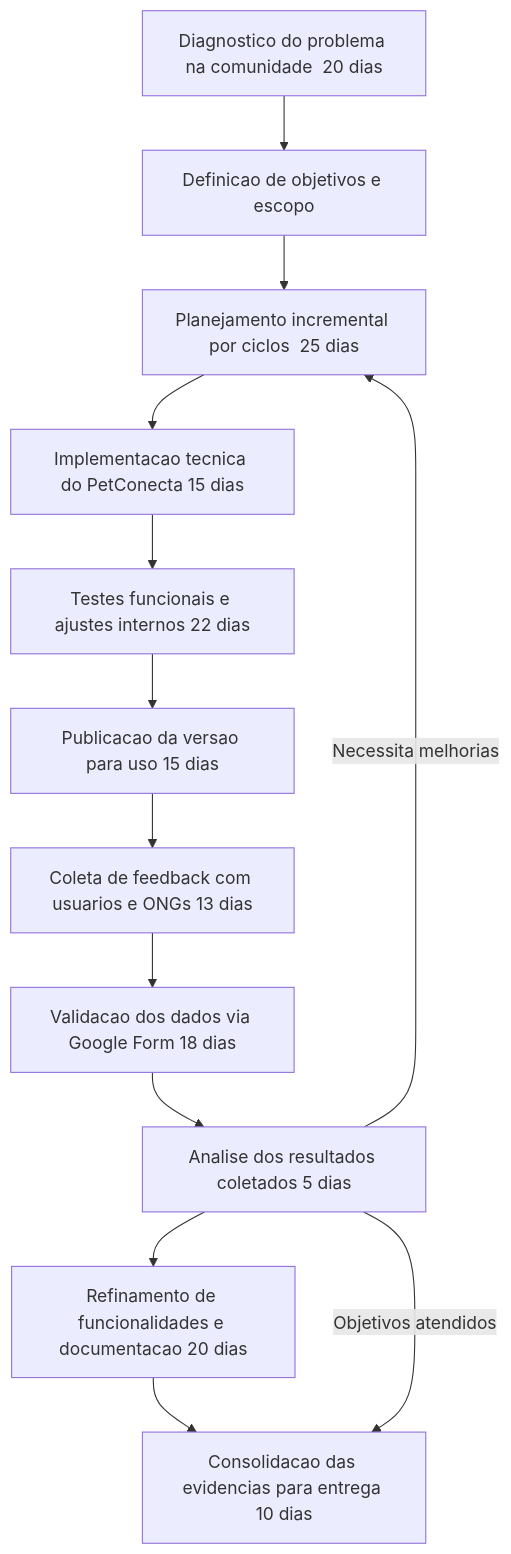
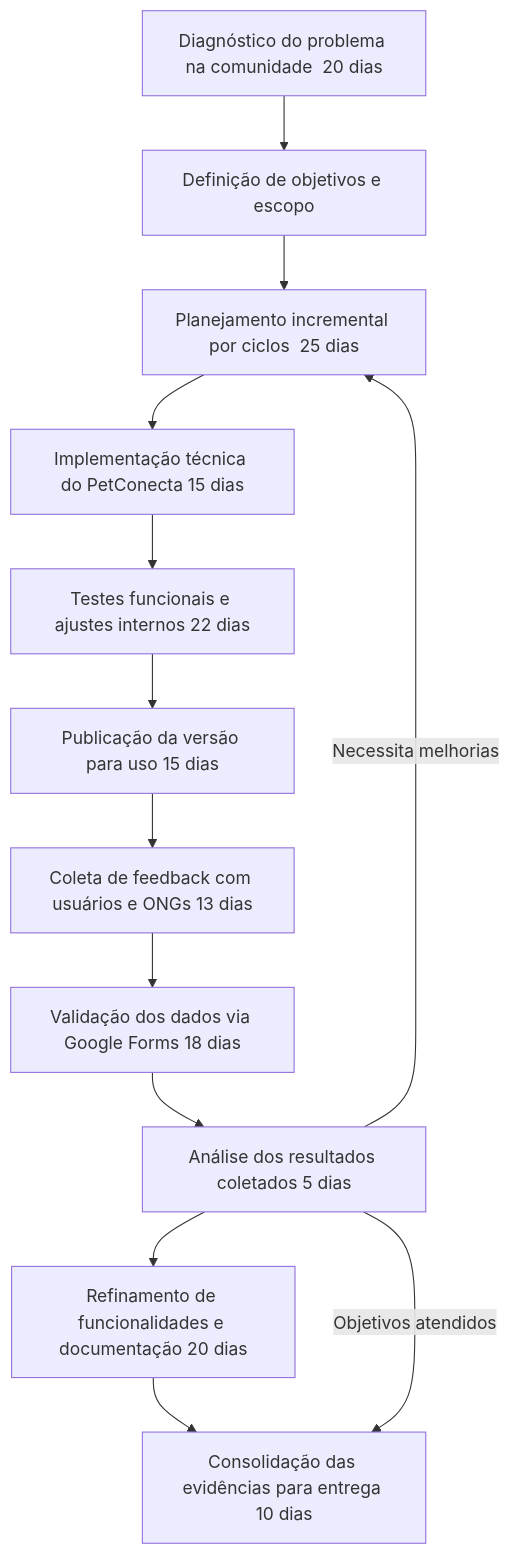
Before and after one commit to Reminsonrps/PetConecta: the diagram in docs/diagrama-metodologia-extensionista.md, drawn with Mermaid. The commit also changed other lines of this file and 1 other file, not shown here.

Commit message:
correção ortografica
Corrige acentuação, títulos e pontuação da documentação do projeto.

````diff
--- a/docs/diagrama-metodologia-extensionista.md
+++ b/docs/diagrama-metodologia-extensionista.md
@@ -3,16 +3,16 @@
 ```mermaid
 flowchart TD
-    A[Diagnostico do problema na comunidade  20 dias] --> B[Definicao de objetivos e escopo]
+    A[Diagnóstico do problema na comunidade  20 dias] --> B[Definição de objetivos e escopo]
     B --> C[Planejamento incremental por ciclos  25 dias]
-    C --> D[Implementacao tecnica do PetConecta 15 dias]
+    C --> D[Implementação técnica do PetConecta 15 dias]
     D --> E[Testes funcionais e ajustes internos 22 dias]
-    E --> F[Publicacao da versao para uso 15 dias]
-    F --> G[Coleta de feedback com usuarios e ONGs 13 dias]
-    G --> H[Validacao dos dados via Google Form 18 dias]
-    H --> I[Analise dos resultados coletados 5 dias]
-    I --> J[Refinamento de funcionalidades e documentacao 20 dias]
-    J --> K[Consolidacao das evidencias para entrega 10 dias]
+    E --> F[Publicação da versão para uso 15 dias]
+    F --> G[Coleta de feedback com usuários e ONGs 13 dias]
+    G --> H[Validação dos dados via Google Forms 18 dias]
+    H --> I[Análise dos resultados coletados 5 dias]
+    I --> J[Refinamento de funcionalidades e documentação 20 dias]
+    J --> K[Consolidação das evidências para entrega 10 dias]
 
     I -- Necessita melhorias --> C
     I -- Objetivos atendidos --> K
 ```
````
